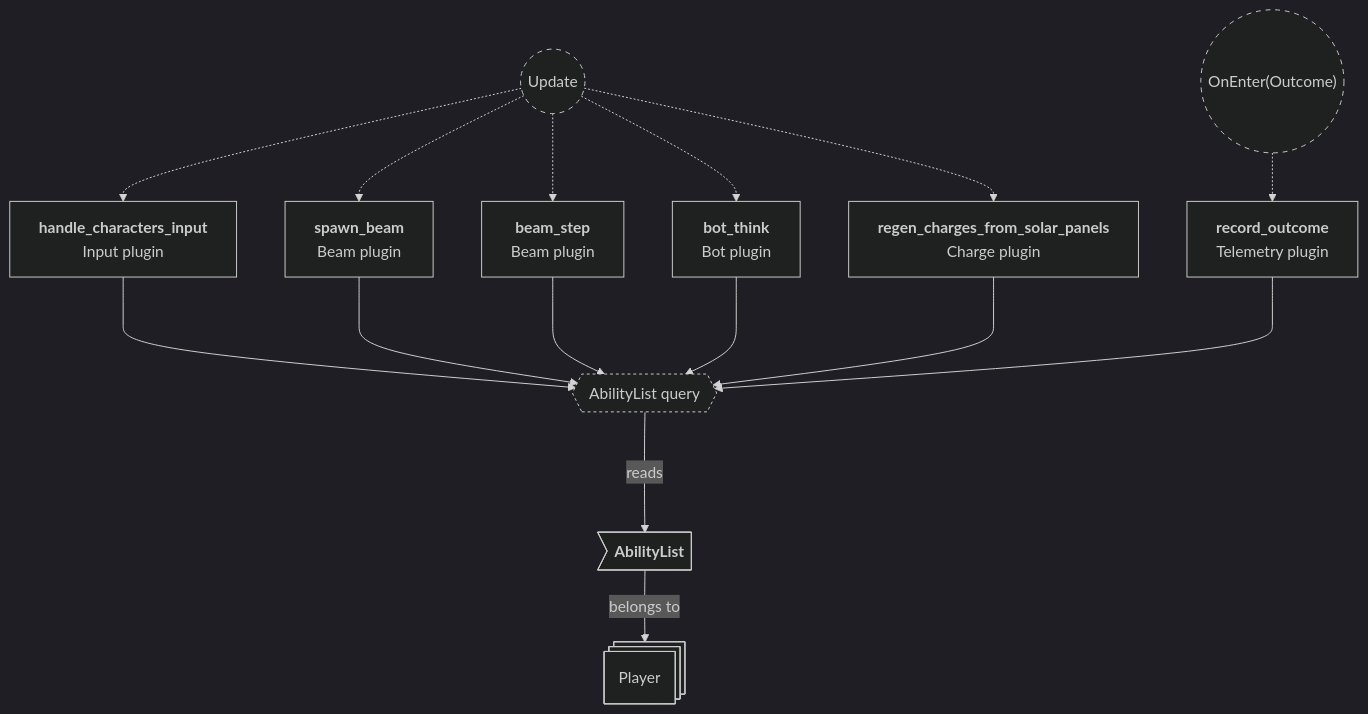
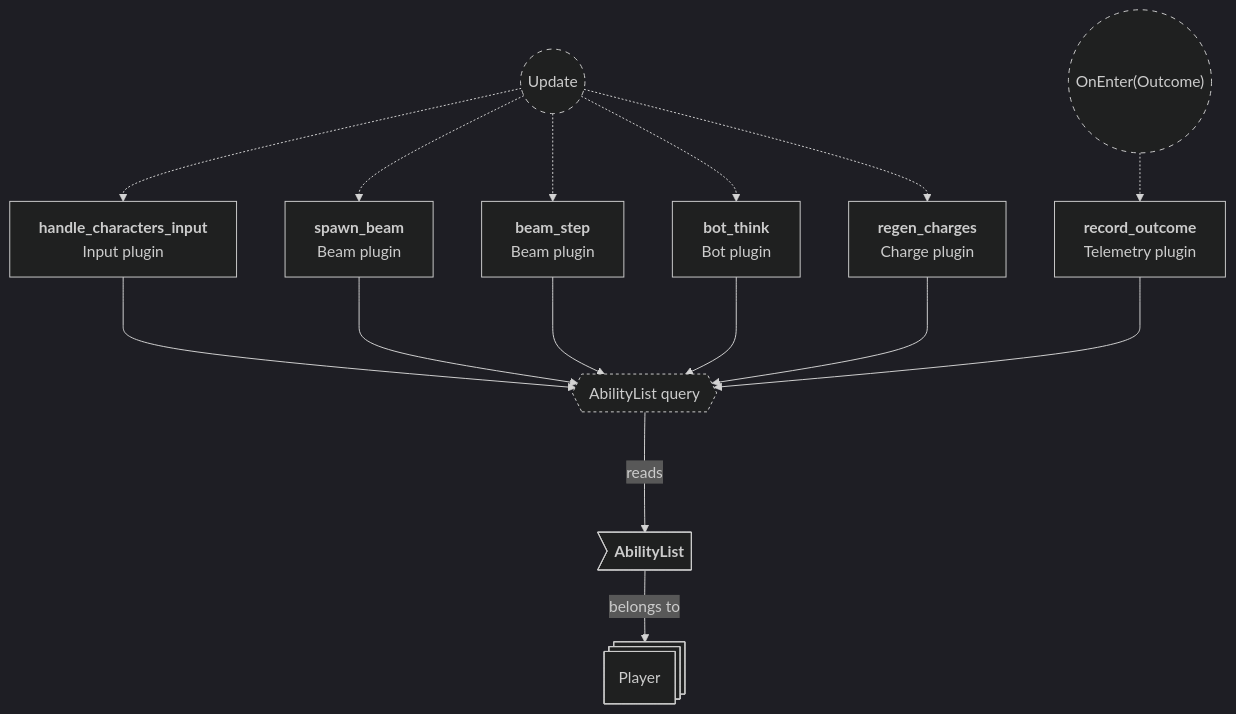
One commit to neurosoup/tyled changed the fourth of 4 diagrams in backlog/docs/doc-12 - 010-Abilities-plugin.md. Above: the diagram before and after it, drawn with Mermaid. The commit also changed other lines of this file and 2 other files, not shown here.

Commit message:
Docs: update doc-23 charge plugin; rename regen_charges_from_solar_panels to regen_charges

````diff
--- a/backlog/docs/doc-12 - 010-Abilities-plugin.md
+++ b/backlog/docs/doc-12 - 010-Abilities-plugin.md
@@ -144,46 +144,46 @@
 ```mermaid
 ---
 config:
   theme: dark
 ---
 
 flowchart TD
 classDef system-group stroke-dasharray: 5 5
 classDef query stroke-dasharray: 3 3
 
 update(("`Update`")):::system-group
 handle_characters_input["`**handle_characters_input**
 Input plugin`"]
 spawn_beam["`**spawn_beam**
 Beam plugin`"]
 beam_step["`**beam_step**
 Beam plugin`"]
 bot_think["`**bot_think**
 Bot plugin`"]
-regen["`**regen_charges_from_solar_panels**
+regen["`**regen_charges**
 Charge plugin`"]
 record_outcome["`**record_outcome**
 Telemetry plugin`"]
 
 update -.-> handle_characters_input
 update -.-> spawn_beam
 update -.-> beam_step
 update -.-> bot_think
 update -.-> regen
 enter_outcome(("`OnEnter(Outcome)`")):::system-group
 enter_outcome -.-> record_outcome
 
 ability_query{{"`AbilityList query`"}}:::query
 handle_characters_input ---> ability_query
 spawn_beam ---> ability_query
 beam_step ---> ability_query
 bot_think ---> ability_query
 regen ---> ability_query
 record_outcome ---> ability_query
 
 player_entity@{ shape: st-rect, label: "Player" }
 
 al_list>"`**AbilityList**`"] --> |belongs to| player_entity
 
 ability_query ---> |reads| al_list
 ```
````
